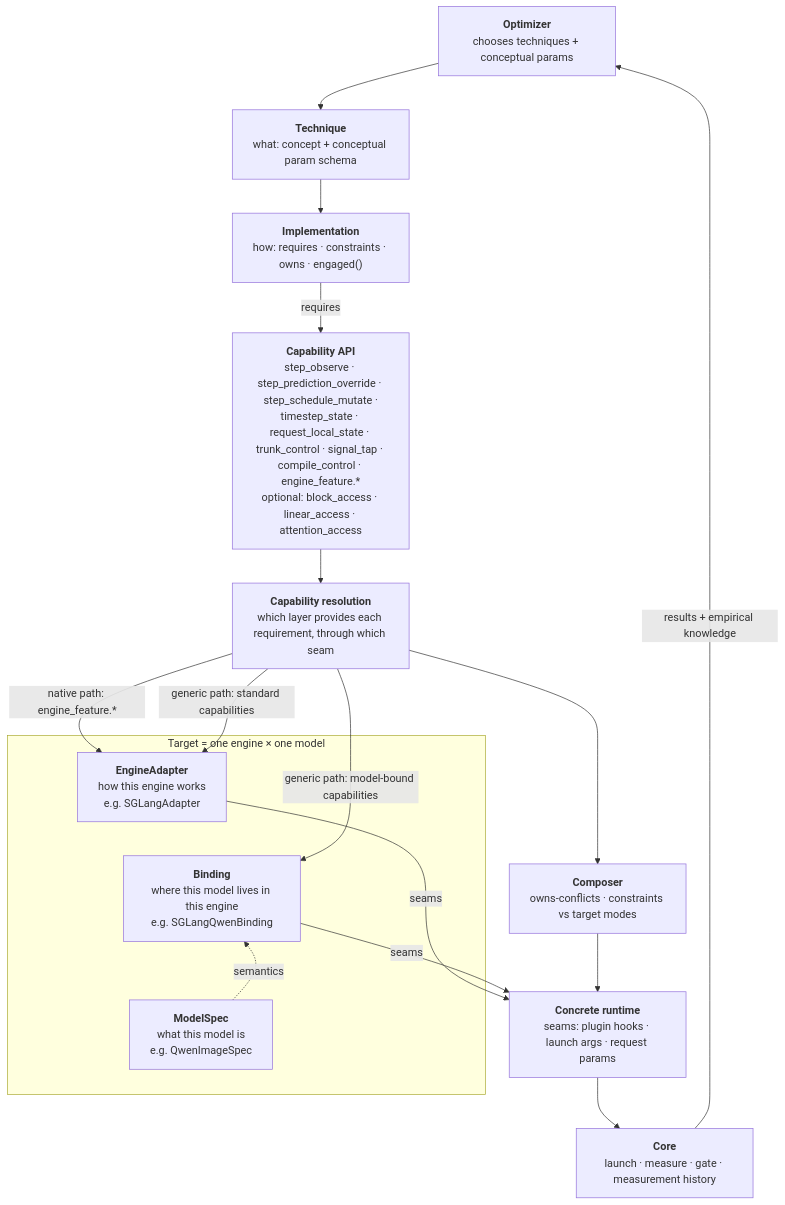
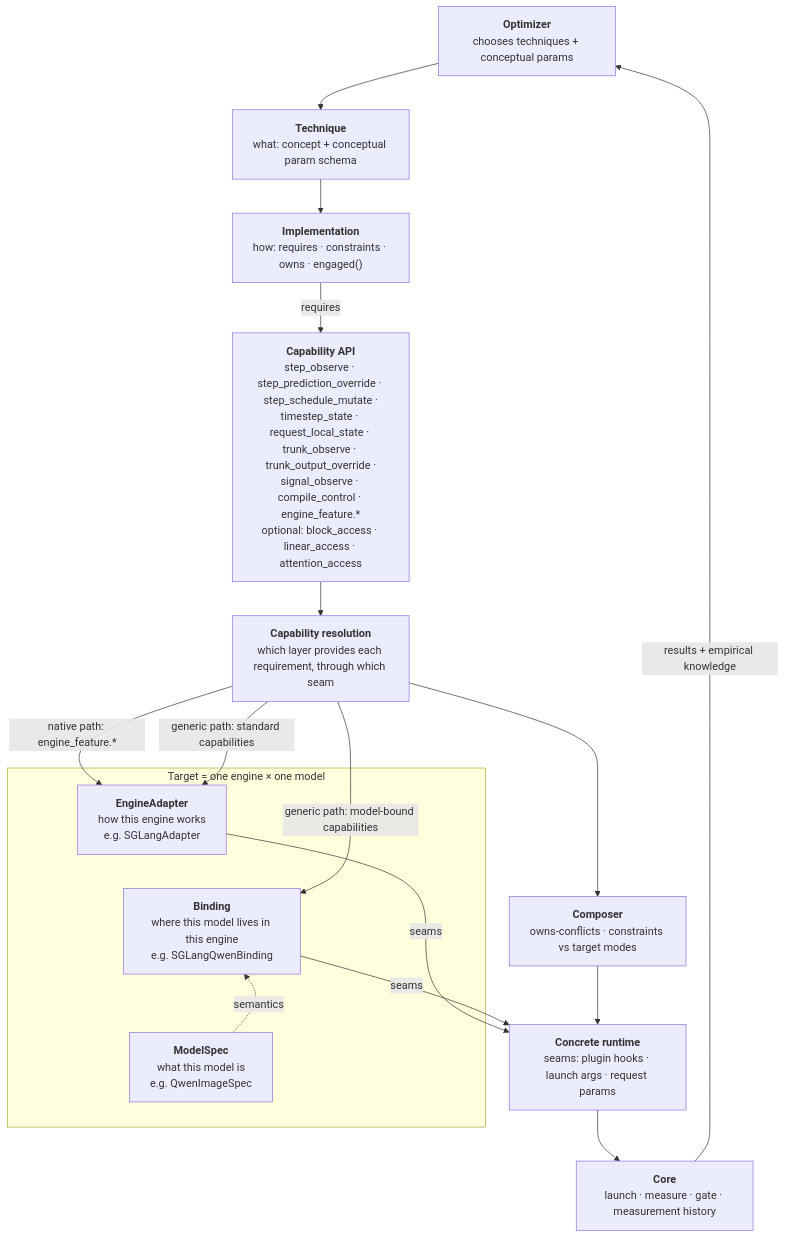
Before and after one commit to fractalyze/optimizer: the diagram in docs/architecture.md, drawn with Mermaid. The commit also changed other lines of this file and 6 other files, not shown here.

First line of the commit message:
docs: record that trunk control needs a binding and a compile mode

````diff
--- a/docs/architecture.md
+++ b/docs/architecture.md
@@ -30,27 +31,27 @@
 ```mermaid
 flowchart TB
     OPT["<b>Optimizer</b><br/>chooses techniques + conceptual params"]
     TEC["<b>Technique</b><br/>what: concept + conceptual param schema"]
     IMP["<b>Implementation</b><br/>how: requires · constraints · owns · engaged()"]
-    CAP["<b>Capability API</b><br/>step_observe · step_prediction_override · step_schedule_mutate ·<br/>timestep_state · request_local_state · trunk_control · signal_tap · compile_control · engine_feature.*<br/>optional: block_access · linear_access · attention_access"]
+    CAP["<b>Capability API</b><br/>step_observe · step_prediction_override · step_schedule_mutate ·<br/>timestep_state · request_local_state · trunk_observe · trunk_output_override ·<br/>signal_observe · compile_control · engine_feature.*<br/>optional: block_access · linear_access · attention_access"]
     RES["<b>Capability resolution</b><br/>which layer provides each requirement, through which seam"]
     subgraph TGT["Target = one engine × one model"]
         EA["<b>EngineAdapter</b><br/>how this engine works<br/>e.g. SGLangAdapter"]
         BD["<b>Binding</b><br/>where this model lives in this engine<br/>e.g. SGLangQwenBinding"]
         MS["<b>ModelSpec</b><br/>what this model is<br/>e.g. QwenImageSpec"]
         EA ~~~ BD ~~~ MS
     end
     COMP["<b>Composer</b><br/>owns-conflicts · constraints vs target modes"]
     RT["<b>Concrete runtime</b><br/>seams: plugin hooks · launch args · request params"]
     CORE["<b>Core</b><br/>launch · measure · gate · measurement history"]
 
     OPT --> TEC --> IMP -- requires --> CAP --> RES
     RES -- "native path: engine_feature.*" --> EA
     RES -- "generic path: standard capabilities" --> EA
     RES -- "generic path: model-bound capabilities" --> BD
     MS -. semantics .-> BD
     RES --> COMP --> RT
     EA -- seams --> RT
     BD -- seams --> RT
     RT --> CORE -- "results + empirical knowledge" --> OPT
 ```
````
